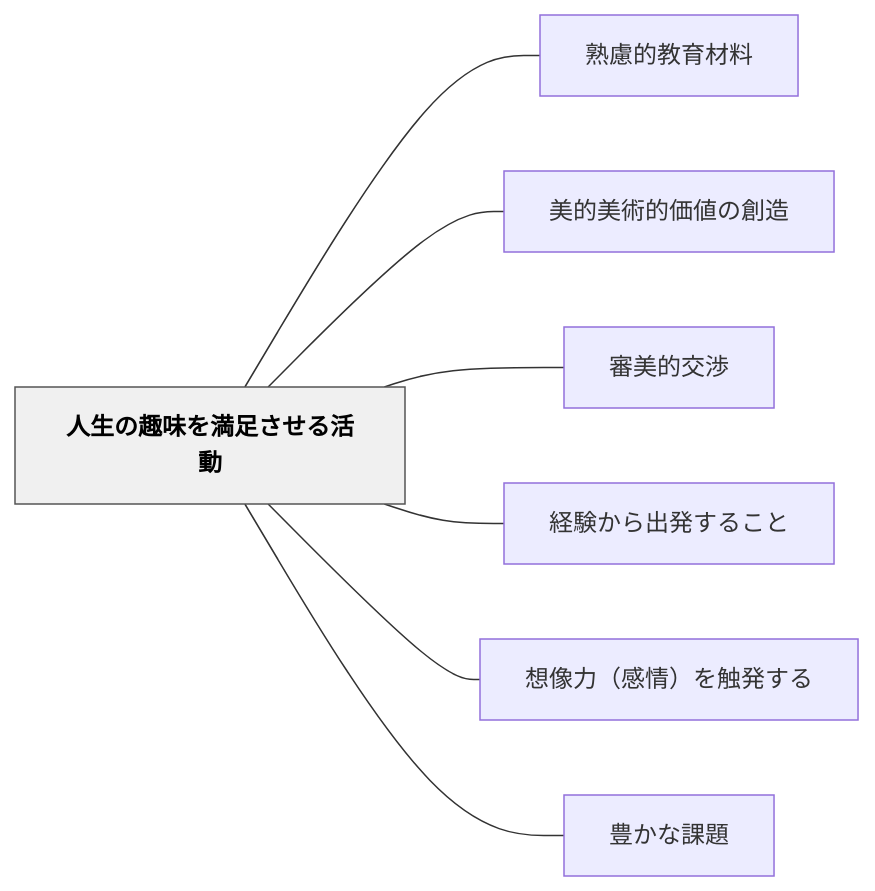
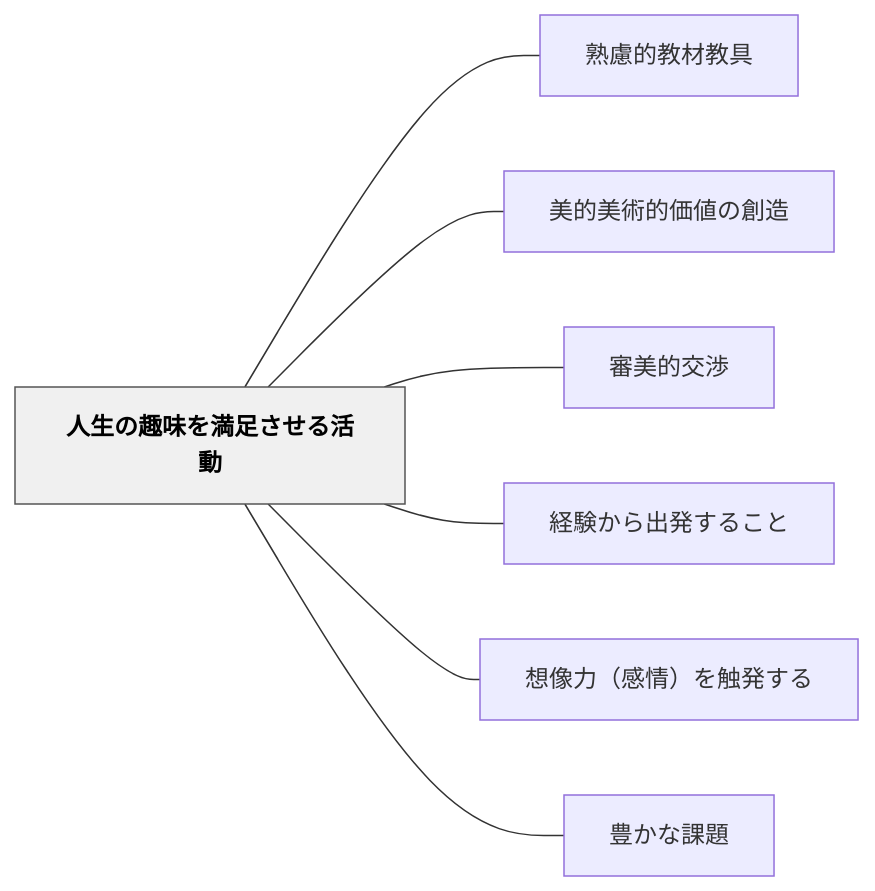
Before and after one commit to unknownthings-ed-patterns/unknownthings-ed-patterns: the diagram in content/パタン/人生の趣味を満足させる活動.md, drawn with Mermaid. The commit also changed other lines of this file and 72 other files, not shown here.

````diff
--- a/content/パタン/人生の趣味を満足させる活動.md
+++ b/content/パタン/人生の趣味を満足させる活動.md
@@ -48,20 +48,20 @@
 ```mermaid
 flowchart LR
     ne4babae7949fe381aee8b6a3e591b3e38292e6ba80e8b6b3e38195e3819be3828be6b4bbe58b95["人生の趣味を満足させる活動"]
-    ne7869fe685aee79a84e69599e882b2e69d90e69699["熟慮的教育材料"]
+    ne7869fe685aee79a84e69599e69d90e69599e585b7["熟慮的教材教具"]
     ne7be8ee79a84e7be8ee8a193e79a84e4bea1e580a4e381aee589b5e980a0["美的美術的価値の創造"]
     ne5afa9e7be8ee79a84e4baa4e6b889["審美的交渉"]
     ne7b58ce9a893e3818be38289e587bae799bae38199e3828be38193e381a8["経験から出発すること"]
     ne683b3e5838fe58a9befbc88e6849fe68385efbc89e38292e8a7a6e799bae38199e3828b["想像力（感情）を触発する"]
     ne8b18ae3818be381aae8aab2e9a18c["豊かな課題"]
 
-    ne4babae7949fe381aee8b6a3e591b3e38292e6ba80e8b6b3e38195e3819be3828be6b4bbe58b95 --- ne7869fe685aee79a84e69599e882b2e69d90e69699
+    ne4babae7949fe381aee8b6a3e591b3e38292e6ba80e8b6b3e38195e3819be3828be6b4bbe58b95 --- ne7869fe685aee79a84e69599e69d90e69599e585b7
     ne4babae7949fe381aee8b6a3e591b3e38292e6ba80e8b6b3e38195e3819be3828be6b4bbe58b95 --- ne7be8ee79a84e7be8ee8a193e79a84e4bea1e580a4e381aee589b5e980a0
     ne4babae7949fe381aee8b6a3e591b3e38292e6ba80e8b6b3e38195e3819be3828be6b4bbe58b95 --- ne5afa9e7be8ee79a84e4baa4e6b889
     ne4babae7949fe381aee8b6a3e591b3e38292e6ba80e8b6b3e38195e3819be3828be6b4bbe58b95 --- ne7b58ce9a893e3818be38289e587bae799bae38199e3828be38193e381a8
     ne4babae7949fe381aee8b6a3e591b3e38292e6ba80e8b6b3e38195e3819be3828be6b4bbe58b95 --- ne683b3e5838fe58a9befbc88e6849fe68385efbc89e38292e8a7a6e799bae38199e3828b
     ne4babae7949fe381aee8b6a3e591b3e38292e6ba80e8b6b3e38195e3819be3828be6b4bbe58b95 --- ne8b18ae3818be381aae8aab2e9a18c
 
     classDef hub fill:#f0f0f0,stroke:#555,color:#000,font-weight:bold
     class ne4babae7949fe381aee8b6a3e591b3e38292e6ba80e8b6b3e38195e3819be3828be6b4bbe58b95 hub
 ```
````
